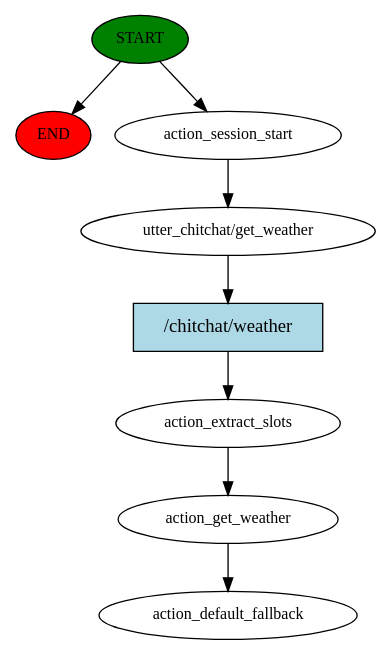
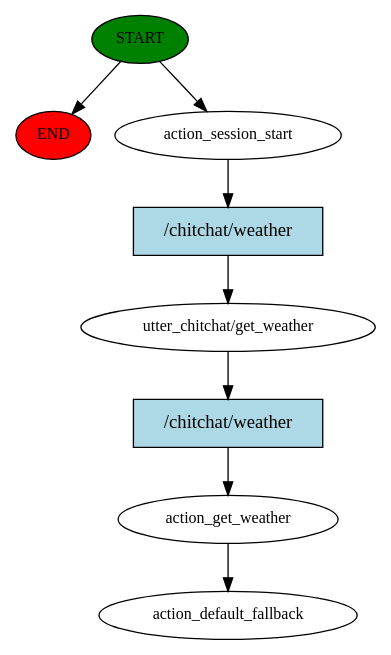
Before and after one commit to jeffGodonou/Jeff: the diagram in story_graph.dot, drawn with Graphviz. The commit also changed 43 other files, not shown here.

Commit message:
alternatitve story path correction for 'get weather'

```diff
--- a/story_graph.dot
+++ b/story_graph.dot
@@ -1,17 +1,17 @@
 digraph  {
 0 [class="start active", fillcolor=green, fontsize=12, label=START, style=filled];
 "-1" [class=end, fillcolor=red, fontsize=12, label=END, style=filled];
 1 [class=active, fontsize=12, label=action_session_start];
 2 [class=active, fontsize=12, label="utter_chitchat/get_weather"];
-3 [class=active, fontsize=12, label=action_extract_slots];
-4 [class=active, fontsize=12, label=action_get_weather];
-5 [class="dashed active", fontsize=12, label=action_default_fallback];
+3 [class=active, fontsize=12, label=action_get_weather];
+4 [class="dashed active", fontsize=12, label=action_default_fallback];
+5 [class="intent active", fillcolor=lightblue, label="/chitchat/weather", shape=rect, style=filled];
 6 [class="intent active", fillcolor=lightblue, label="/chitchat/weather", shape=rect, style=filled];
 0 -> "-1"  [class="", key=NONE, label=""];
 0 -> 1  [class=active, key=NONE, label=""];
-1 -> 2  [class=active, key=NONE, label=""];
+1 -> 5  [class=active, key=0];
 2 -> 6  [class=active, key=0];
 3 -> 4  [class=active, key=NONE, label=""];
-4 -> 5  [class=active, key=NONE, label=""];
+5 -> 2  [class=active, key=0];
 6 -> 3  [class=active, key=0];
 }
```
